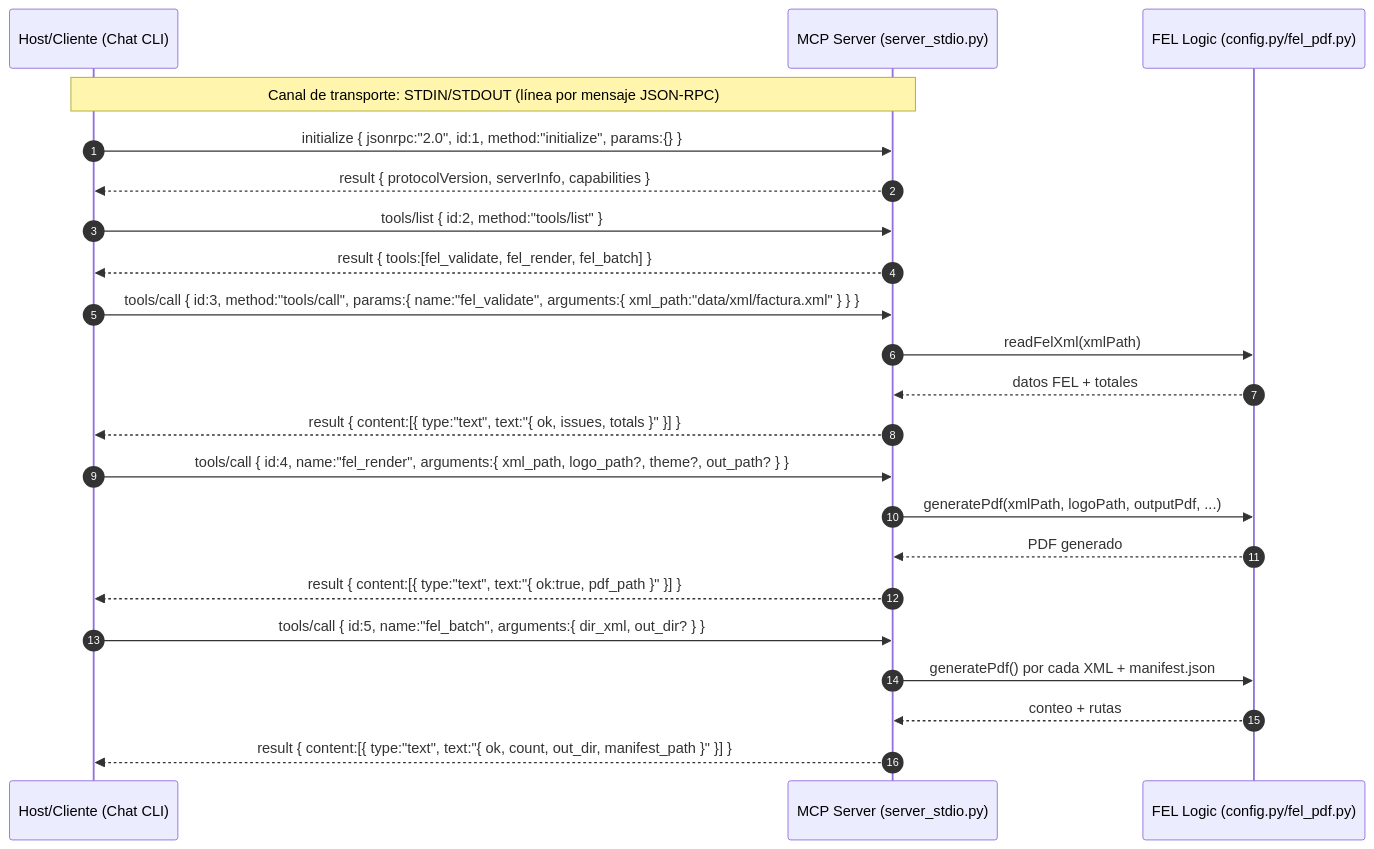
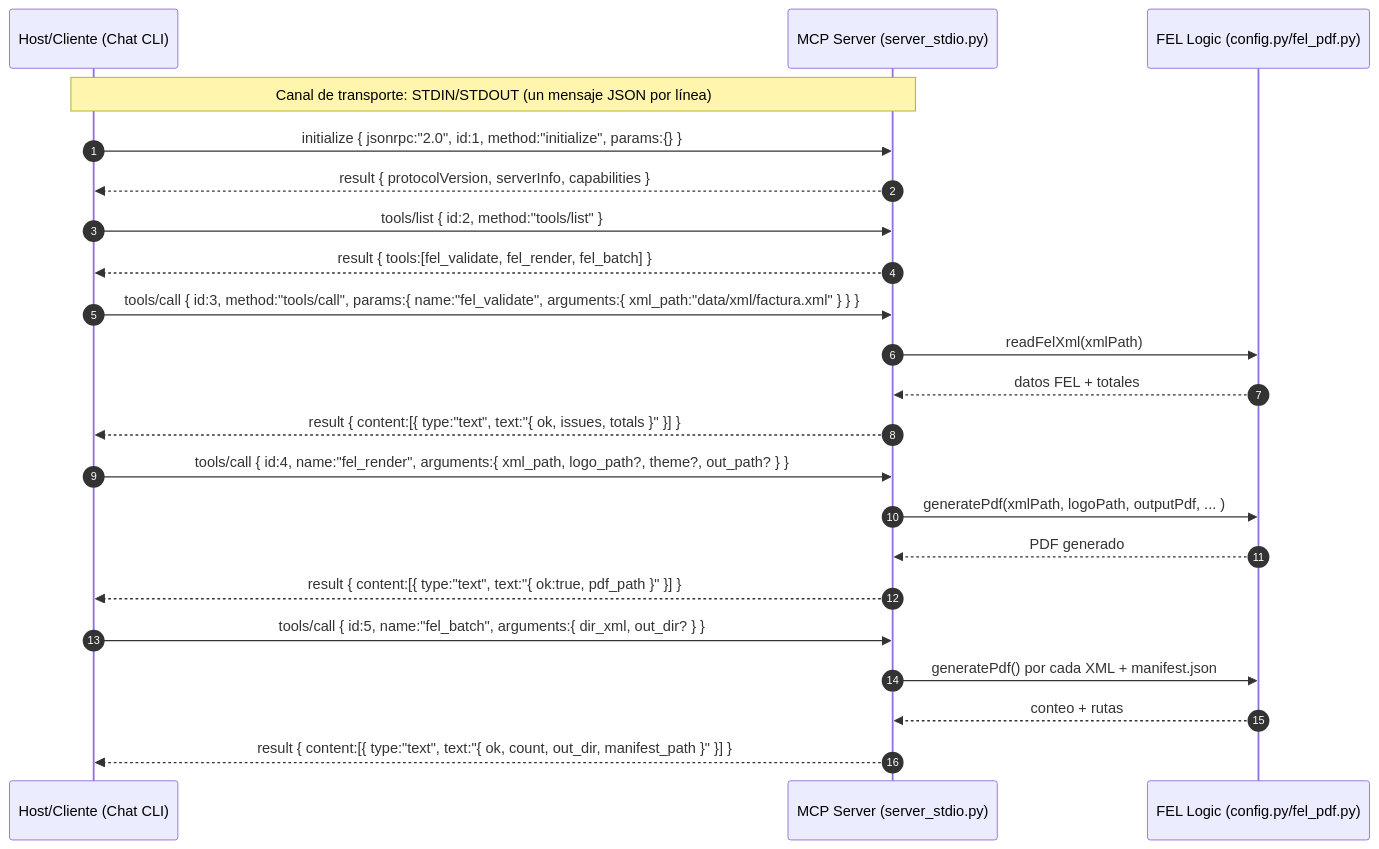
One commit to JosueSay/MCPsServers changed the diagram in docs/mcp_fel.md. Above: the diagram before and after it, drawn with Mermaid. The commit also changed other lines of this file and 1 other file, not shown here.

Commit message:
feat: add docs for mcp fel

````diff
--- a/docs/mcp_fel.md
+++ b/docs/mcp_fel.md
@@ -17,30 +17,30 @@
 ```mermaid
 sequenceDiagram
     autonumber
     participant Host as Host/Cliente (Chat CLI)
     participant Server as MCP Server (server_stdio.py)
     participant FEL as FEL Logic (config.py/fel_pdf.py)
 
-    Note over Host,Server: Canal de transporte: STDIN/STDOUT (línea por mensaje JSON-RPC)
+    Note over Host,Server: Canal de transporte: STDIN/STDOUT (un mensaje JSON por línea)
 
     Host->>Server: initialize { jsonrpc:"2.0", id:1, method:"initialize", params:{} }
     Server-->>Host: result { protocolVersion, serverInfo, capabilities }
 
     Host->>Server: tools/list { id:2, method:"tools/list" }
     Server-->>Host: result { tools:[fel_validate, fel_render, fel_batch] }
 
     Host->>Server: tools/call { id:3, method:"tools/call", params:{ name:"fel_validate", arguments:{ xml_path:"data/xml/factura.xml" } } }
     Server->>FEL: readFelXml(xmlPath)
     FEL-->>Server: datos FEL + totales
     Server-->>Host: result { content:[{ type:"text", text:"{ ok, issues, totals }" }] }
 
     Host->>Server: tools/call { id:4, name:"fel_render", arguments:{ xml_path, logo_path?, theme?, out_path? } }
-    Server->>FEL: generatePdf(xmlPath, logoPath, outputPdf, ...)
+    Server->>FEL: generatePdf(xmlPath, logoPath, outputPdf, ... )
     FEL-->>Server: PDF generado
     Server-->>Host: result { content:[{ type:"text", text:"{ ok:true, pdf_path }" }] }
 
     Host->>Server: tools/call { id:5, name:"fel_batch", arguments:{ dir_xml, out_dir? } }
     Server->>FEL: generatePdf() por cada XML + manifest.json
     FEL-->>Server: conteo + rutas
     Server-->>Host: result { content:[{ type:"text", text:"{ ok, count, out_dir, manifest_path }" }] }
 ```
````
